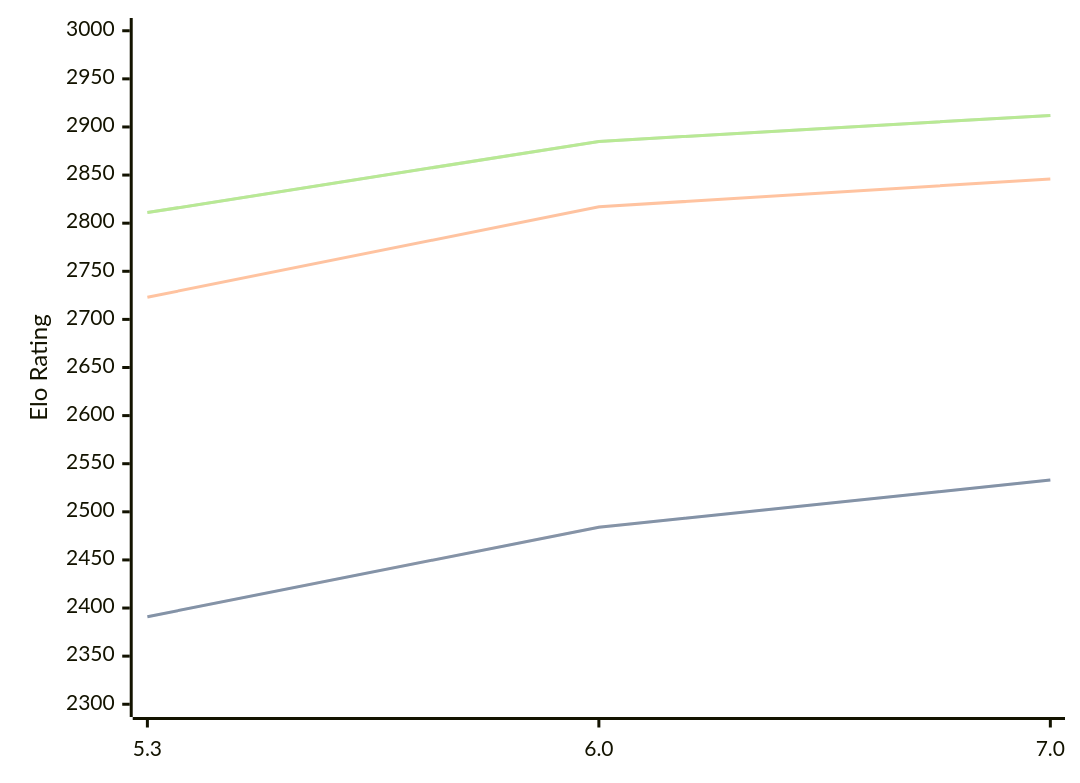
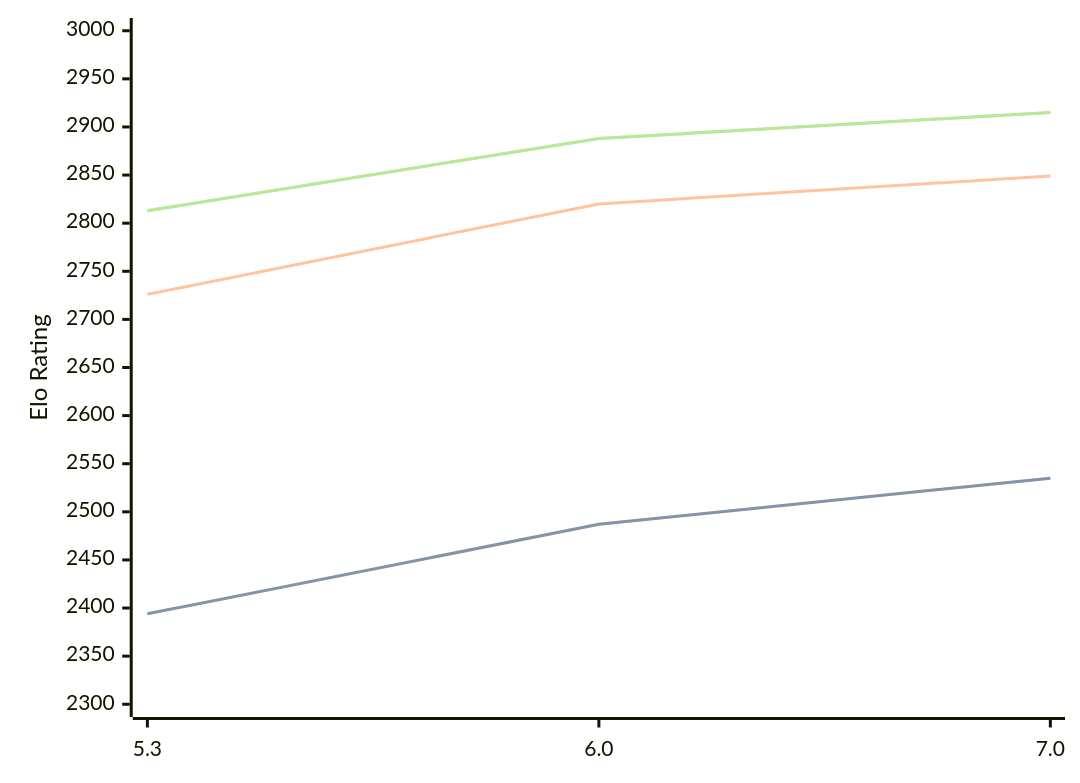
The diagram in engines/tomitankChess.md (computer-chess-index/cci), drawn with Mermaid before and after one commit. The commit also changed other lines of this file, not shown here.

Commit message:
Update CCI Ratings (ELO VLTC) - 2026-09-24

````diff
--- a/engines/tomitankChess.md
+++ b/engines/tomitankChess.md
@@ -33,11 +33,11 @@
 ```mermaid
 %%{init: {"theme":"base","themeVariables":{"seriesColors:['#a3a3a3','#222221','#faa371']}}}%%
 xychart-beta
   x-axis ["5.3", "6.0", "7.0"]
   y-axis "Elo Rating" 2300 --> 3000
-  line "" [2391, 2484, 2533]
-  line "STC (8.0+0.08s)" [2391, 2484, 2533]
-  line "LTC (60.0+0.60s)" [2723, 2817, 2846]
-  line "" [2811, 2885, 2912]
-  line "VLTC (2m24s+1.12s)" [2811, 2885, 2912]
+  line "" [2394, 2487, 2535]
+  line "STC (8.0+0.08s)" [2394, 2487, 2535]
+  line "LTC (60.0+0.60s)" [2726, 2820, 2849]
+  line "" [2813, 2888, 2915]
+  line "VLTC (2m24s+1.12s)" [2813, 2888, 2915]
 ```
````
